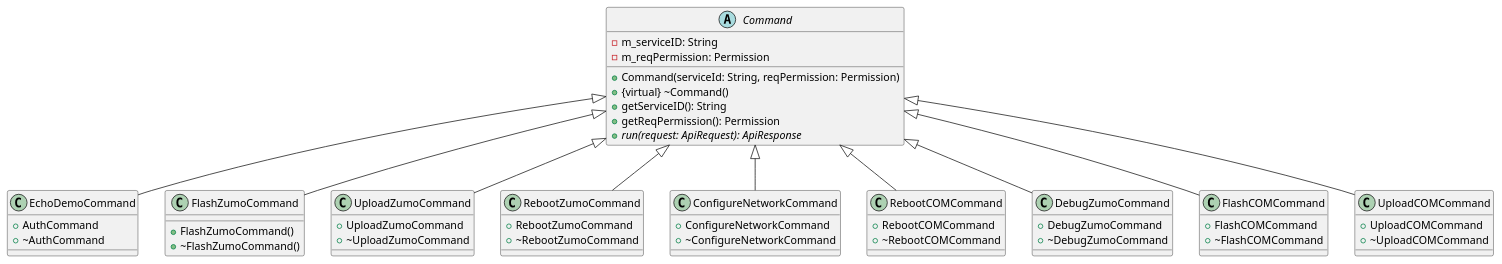
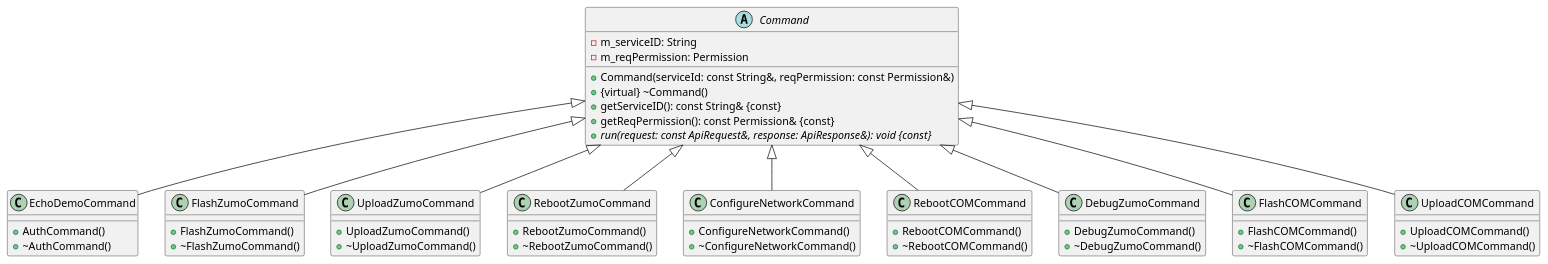
Before and after one commit to NewTec-GmbH/ZumoComSystem: the diagram in doc/design/server/ClassDiagrams/03_Commands.plantuml, drawn with PlantUML. The commit also changed 7 other files, not shown here.

Commit message:
refactor(server): Update architecture and design diagrams #63

```diff
--- a/doc/design/server/ClassDiagrams/03_Commands.plantuml
+++ b/doc/design/server/ClassDiagrams/03_Commands.plantuml
@@ -1,77 +1,77 @@
 @startuml
 
 abstract class Command
 {
     - m_serviceID: String
     - m_reqPermission: Permission
-    + Command(serviceId: String, reqPermission: Permission)
+    + Command(serviceId: const String&, reqPermission: const Permission&)
     + {virtual} ~Command()
-    + getServiceID(): String
-    + getReqPermission(): Permission
-    + {abstract} run(request: ApiRequest): ApiResponse
+    + getServiceID(): const String& {const}
+    + getReqPermission(): const Permission& {const}
+    + {abstract} run(request: const ApiRequest&, response: ApiResponse&): void {const}
 }
 
 class EchoDemoCommand
 {
-    + AuthCommand
-    + ~AuthCommand
+    + AuthCommand()
+    + ~AuthCommand()
 }
 Command <|-down-EchoDemoCommand
 
 class FlashZumoCommand
 {
     + FlashZumoCommand()
     + ~FlashZumoCommand()
 }
 Command <|-down-FlashZumoCommand
 
 class UploadZumoCommand
 {
-    + UploadZumoCommand
-    + ~UploadZumoCommand
+    + UploadZumoCommand()
+    + ~UploadZumoCommand()
 }
 Command <|-down-UploadZumoCommand
 
 class RebootZumoCommand
 {
-    + RebootZumoCommand
-    + ~RebootZumoCommand
+    + RebootZumoCommand()
+    + ~RebootZumoCommand()
 
 }
 Command <|-down-RebootZumoCommand
 
 class ConfigureNetworkCommand
 {
-    + ConfigureNetworkCommand
-    + ~ConfigureNetworkCommand
+    + ConfigureNetworkCommand()
+    + ~ConfigureNetworkCommand()
 }
 Command <|-down-ConfigureNetworkCommand
 
 class RebootCOMCommand
 {
-    + RebootCOMCommand
-    + ~RebootCOMCommand
+    + RebootCOMCommand()
+    + ~RebootCOMCommand()
 }
 Command <|-down-RebootCOMCommand
 
 class DebugZumoCommand
 {
-    + DebugZumoCommand
-    + ~DebugZumoCommand
+    + DebugZumoCommand()
+    + ~DebugZumoCommand()
 }
 Command <|-down-DebugZumoCommand
 
 class FlashCOMCommand
 {
-    + FlashCOMCommand
-    + ~FlashCOMCommand
+    + FlashCOMCommand()
+    + ~FlashCOMCommand()
 }
 Command <|-down-FlashCOMCommand
 
 class UploadCOMCommand
 {
-    + UploadCOMCommand
-    + ~UploadCOMCommand
+    + UploadCOMCommand()
+    + ~UploadCOMCommand()
 }
 Command <|-down-UploadCOMCommand
 @enduml
```
